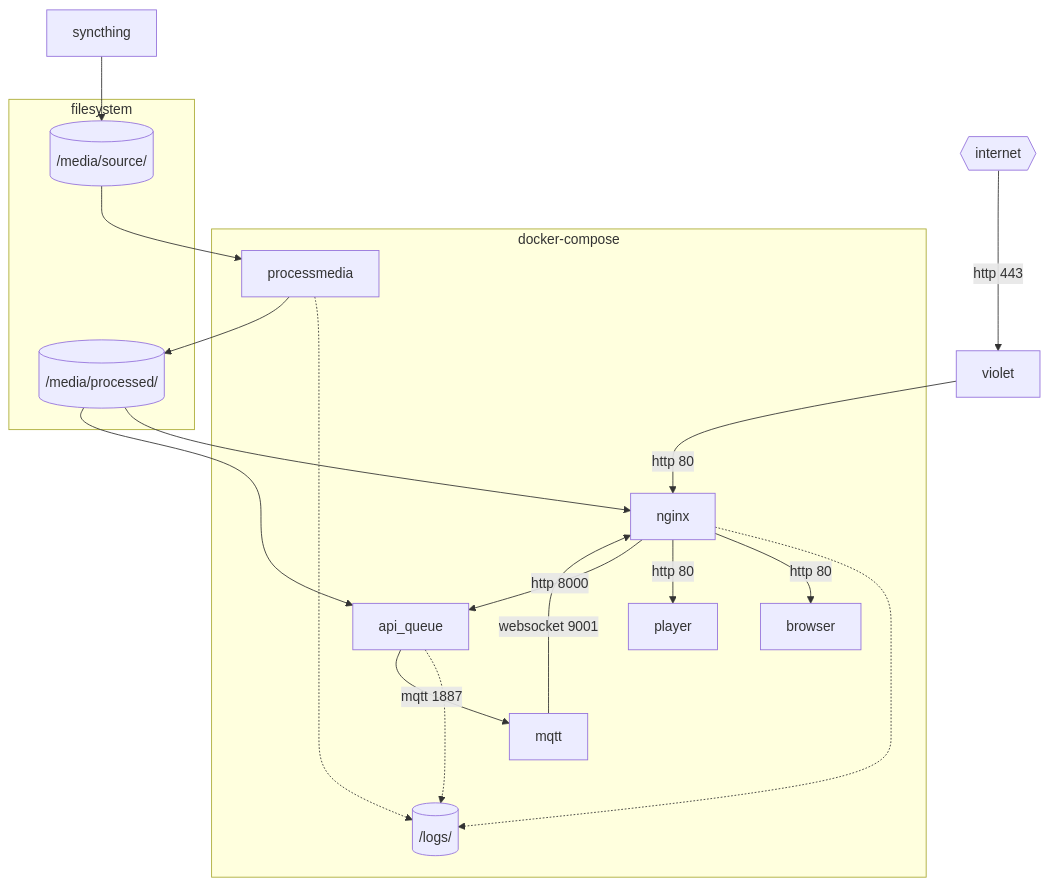
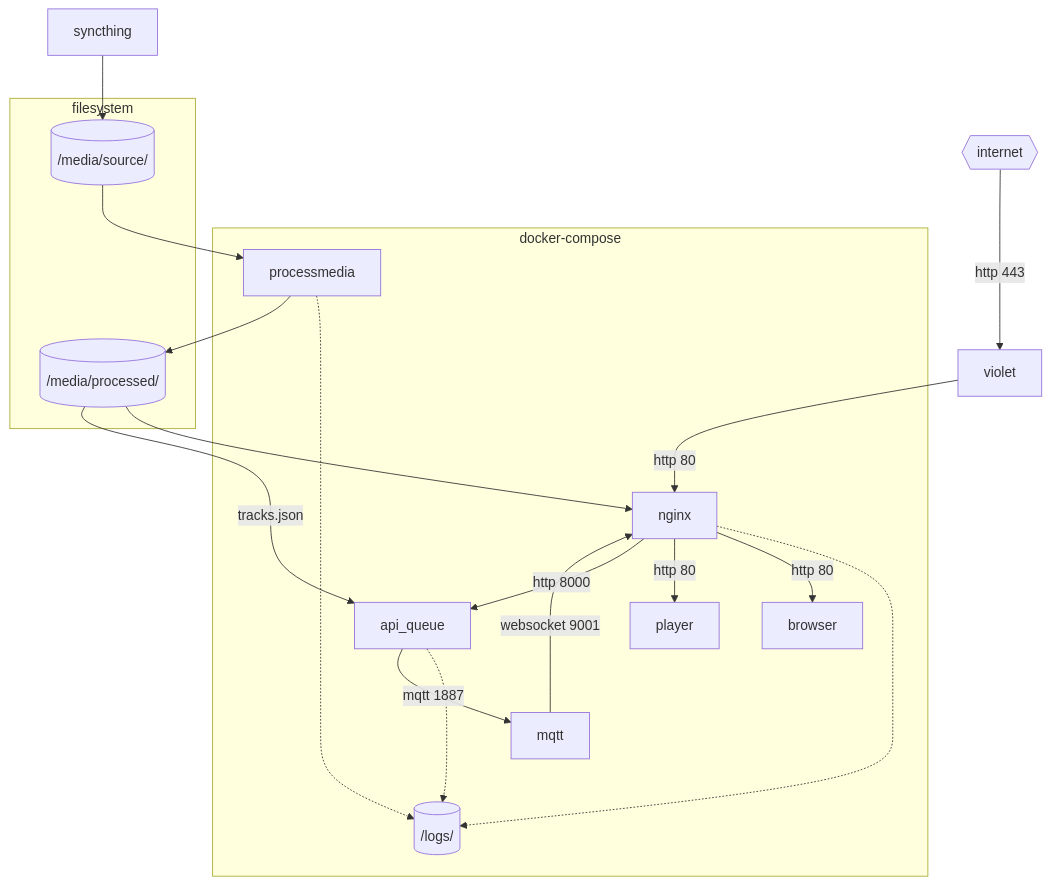
The diagram in README.md (calaldees/KaraKara), drawn with Mermaid before and after one commit. The commit also changed 2 other files, not shown here.

Commit message:
Added some karakara investigation tasks

````diff
--- a/README.md
+++ b/README.md
@@ -84,36 +84,36 @@
 ```mermaid
 graph TD
     internet{{internet}}
     internet -- http 443 ---> violet --http 80--> nginx
     
     subgraph docker-compose [docker-compose]
         nginx
         mqtt
         processmedia
         browser
         player
         api_queue
 
         logs[(/logs/)]
         nginx ..-> logs
         processmedia ..-> logs
         api_queue ..-> logs
 
         nginx -- http 80 --> browser
         nginx -- http 80 --> player
         nginx -- http 8000 --> api_queue
         api_queue --mqtt 1887--> mqtt
         mqtt -- websocket 9001 --> nginx
     end
 
     syncthing --> /media/source/
 
     subgraph filesystem
         /media/source/[(/media/source/)]
         /media/processed/[(/media/processed/)]
     end
 
     /media/processed/ --> nginx
-    /media/processed/ --> api_queue
+    /media/processed/ -- tracks.json --> api_queue
     /media/source/ --> processmedia --> /media/processed/
 ```
````
